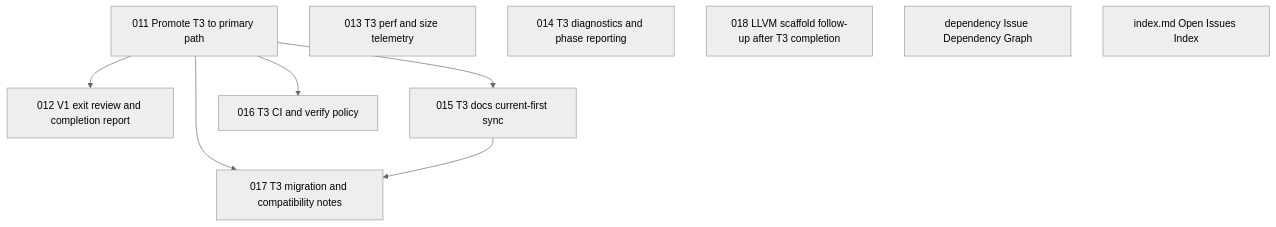
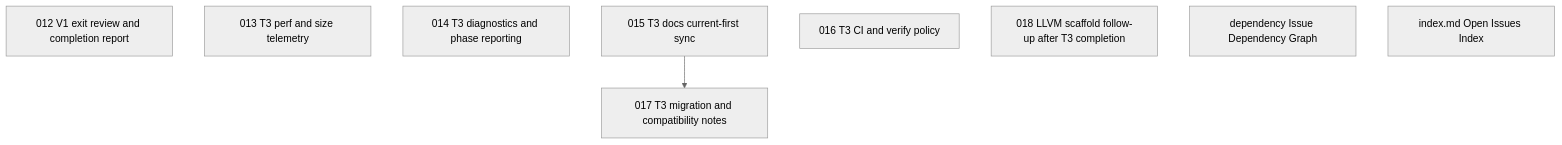
The diagram in issues/open/dependency-graph.md (wogikaze/arukellt), drawn with Mermaid (neutral theme) before and after one commit. The commit also changed other lines of this file and 9 other files, not shown here.

First line of the commit message:
011: Promote T3 to canonical v1 path

````diff
--- a/issues/open/dependency-graph.md
+++ b/issues/open/dependency-graph.md
@@ -7,18 +7,13 @@
 ```mermaid
 graph TD
-  I011["011 Promote T3 to primary path"]
+  I012["012 V1 exit review and completion report"]
   I013["013 T3 perf and size telemetry"]
   I014["014 T3 diagnostics and phase reporting"]
+  I015["015 T3 docs current-first sync"]
+  I016["016 T3 CI and verify policy"]
   I018["018 LLVM scaffold follow-up after T3 completion"]
   Idependency["dependency Issue Dependency Graph"]
   Iindex.md["index.md Open Issues Index"]
-  I012["012 V1 exit review and completion report"]
-  I015["015 T3 docs current-first sync"]
-  I016["016 T3 CI and verify policy"]
   I017["017 T3 migration and compatibility notes"]
-  I011 --> I012
-  I011 --> I015
-  I011 --> I016
-  I011 --> I017
   I015 --> I017
 ```
````
